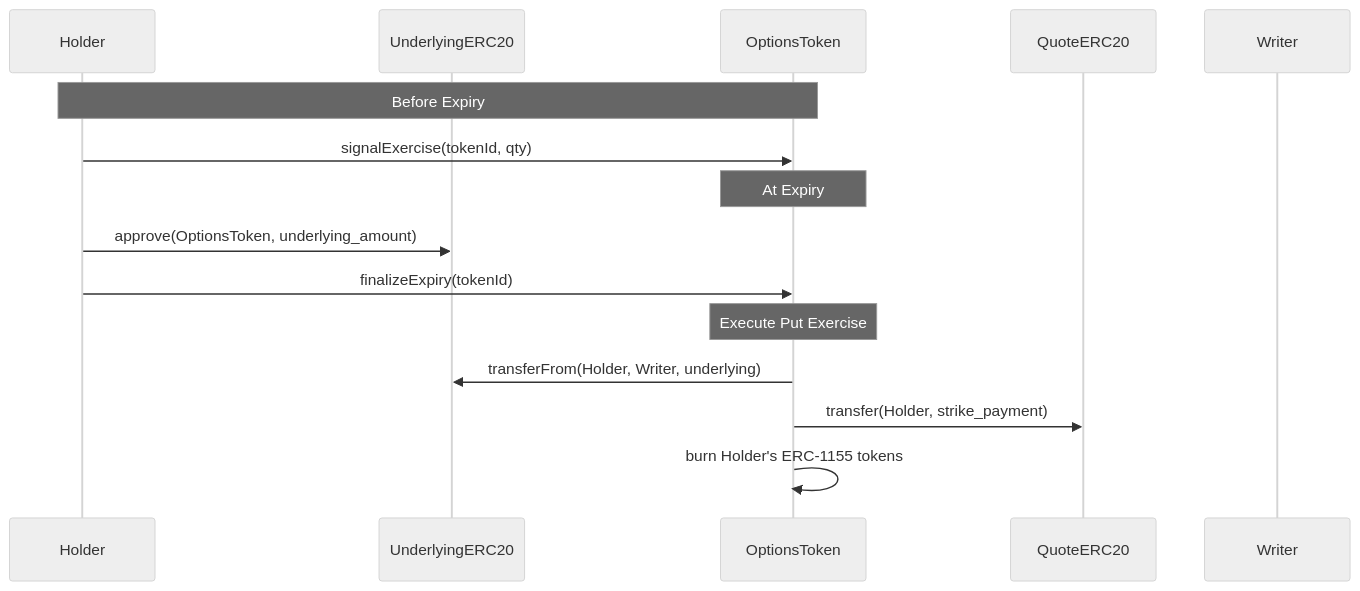
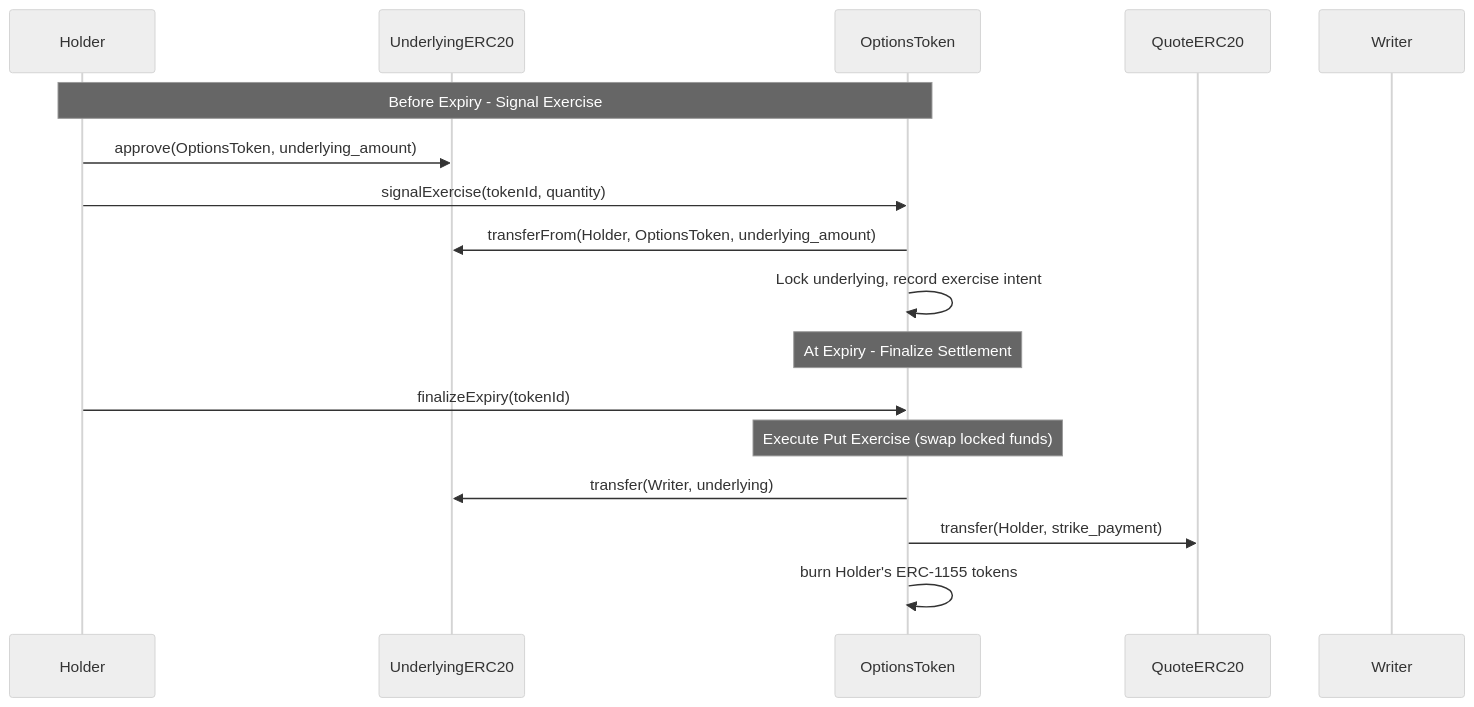
One commit to 0xgleb/optional changed the sixth of 7 diagrams in SPEC.md. Above: the diagram before and after it, drawn with Mermaid (neutral theme). The commit also changed other lines of this file, not shown here.

Commit message:
clarify settlement

````diff
--- a/SPEC.md
+++ b/SPEC.md
@@ -312,20 +337,22 @@
 ```mermaid
 sequenceDiagram
     participant Holder
     participant UnderlyingERC20
     participant OptionsToken
     participant QuoteERC20
     participant Writer
     
-    Note over Holder,OptionsToken: Before Expiry
-    Holder->>OptionsToken: signalExercise(tokenId, qty)
-    
-    Note over OptionsToken: At Expiry
+    Note over Holder,OptionsToken: Before Expiry - Signal Exercise
     Holder->>UnderlyingERC20: approve(OptionsToken, underlying_amount)
+    Holder->>OptionsToken: signalExercise(tokenId, quantity)
+    OptionsToken->>UnderlyingERC20: transferFrom(Holder, OptionsToken, underlying_amount)
+    OptionsToken->>OptionsToken: Lock underlying, record exercise intent
+
+    Note over OptionsToken: At Expiry - Finalize Settlement
     Holder->>OptionsToken: finalizeExpiry(tokenId)
-    
-    Note over OptionsToken: Execute Put Exercise
-    OptionsToken->>UnderlyingERC20: transferFrom(Holder, Writer, underlying)
+
+    Note over OptionsToken: Execute Put Exercise (swap locked funds)
+    OptionsToken->>UnderlyingERC20: transfer(Writer, underlying)
     OptionsToken->>QuoteERC20: transfer(Holder, strike_payment)
     OptionsToken->>OptionsToken: burn Holder's ERC-1155 tokens
 ```
````
